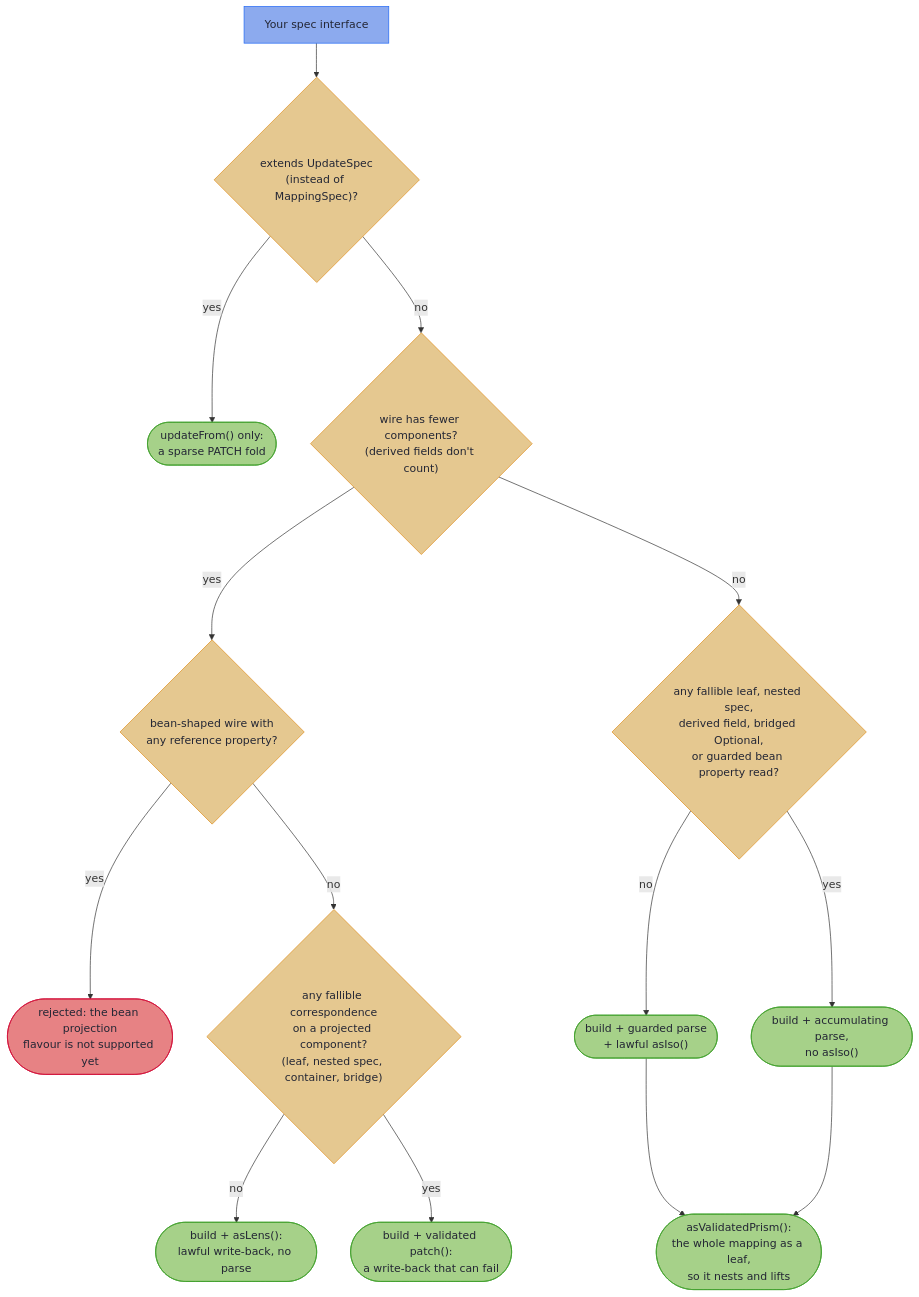
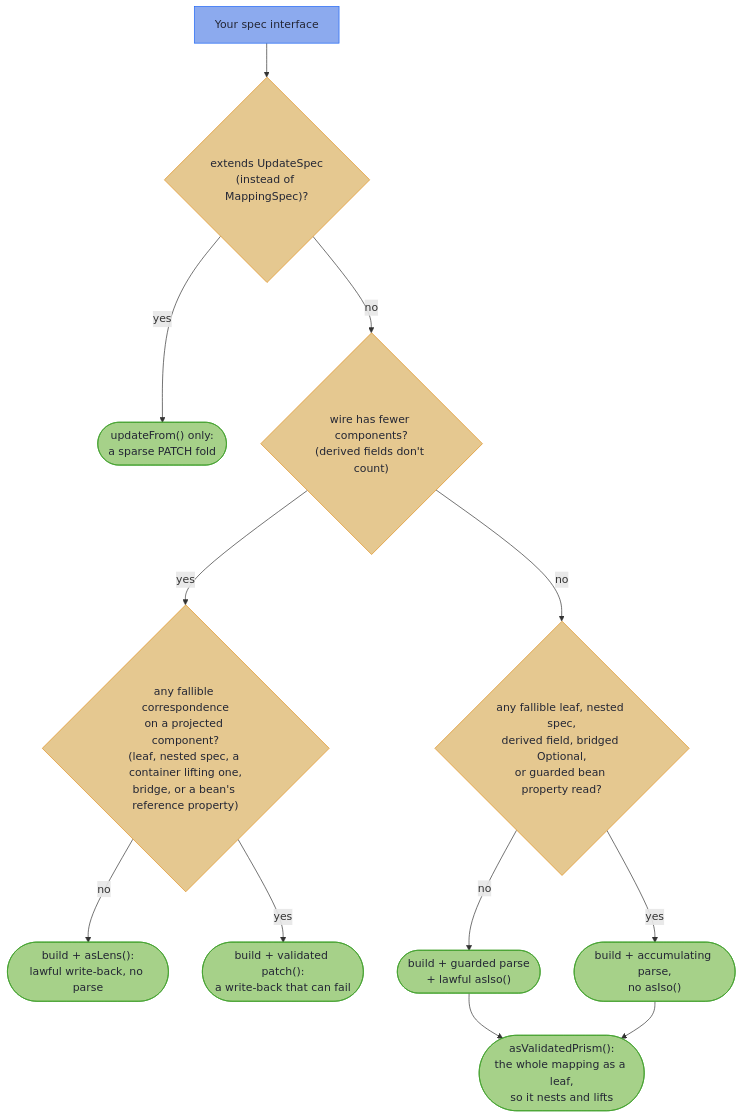
The diagram in hkj-book/src/mapping/tiers.md (higher-kinded-j/higher-kinded-j), drawn with Mermaid before and after one commit. The commit also changed other lines of this file and 18 other files, not shown here.

First line of the commit message:
Bean-shaped projections take the validated patch (#702) (#829)

````diff
--- a/hkj-book/src/mapping/tiers.md
+++ b/hkj-book/src/mapping/tiers.md
@@ -20,25 +20,21 @@
 ```mermaid
 flowchart TD
     S["Your spec interface"] --> U{"extends UpdateSpec<br/>(instead of MappingSpec)?"}
     U -->|yes| UT(["updateFrom() only:<br/>a sparse PATCH fold"])
     U -->|no| W{"wire has fewer components?<br/>(derived fields don't count)"}
-    W -->|yes| B{"bean-shaped wire with<br/>any reference property?"}
-    B -->|yes| BX(["rejected: the bean projection<br/>flavour is not supported yet"])
-    B -->|no| F{"any fallible correspondence<br/>on a projected component?<br/>(leaf, nested spec, container, bridge)"}
+    W -->|yes| F{"any fallible correspondence<br/>on a projected component?<br/>(leaf, nested spec, a container lifting one,<br/>bridge, or a bean's reference property)"}
     F -->|no| LT(["build + asLens():<br/>lawful write-back, no parse"])
     F -->|yes| PT(["build + validated patch():<br/>a write-back that can fail"])
     W -->|no| D{"any fallible leaf, nested spec,<br/>derived field, bridged Optional,<br/>or guarded bean property read?"}
     D -->|no| IT(["build + guarded parse<br/>+ lawful asIso()"])
     D -->|yes| VT(["build + accumulating parse,<br/>no asIso()"])
     IT --> VP(["asValidatedPrism():<br/>the whole mapping as a leaf,<br/>so it nests and lifts"])
     VT --> VP
 
     classDef wire fill:#8caaee,stroke:#1e66f5,color:#232634
     classDef tier fill:#a6d189,stroke:#40a02b,color:#232634
     classDef decision fill:#e5c890,stroke:#df8e1d,color:#232634
-    classDef error fill:#e78284,stroke:#d20f39,color:#232634
     class S wire
     class UT,LT,PT,IT,VT,VP tier
-    class U,W,B,F,D decision
-    class BX error
+    class U,W,F,D decision
 ```
````
